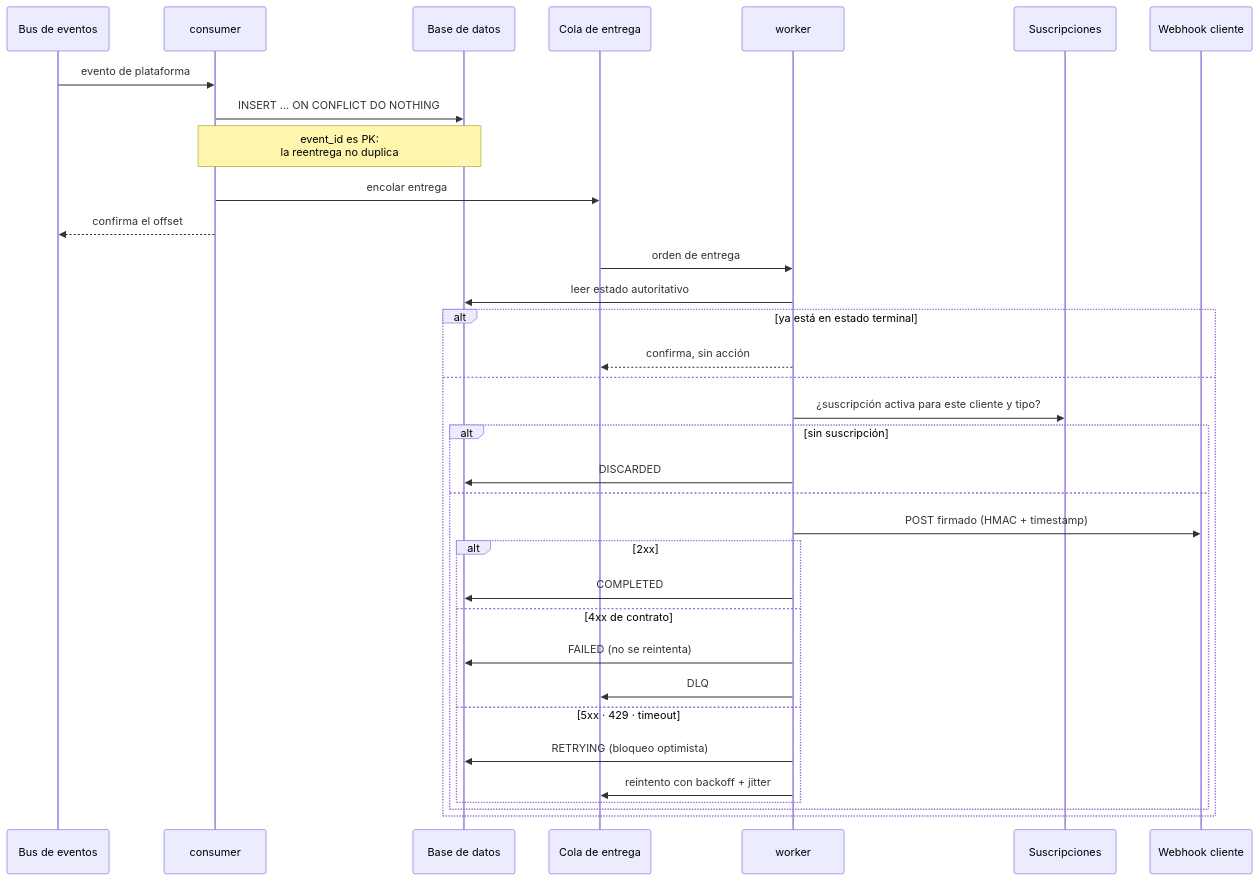
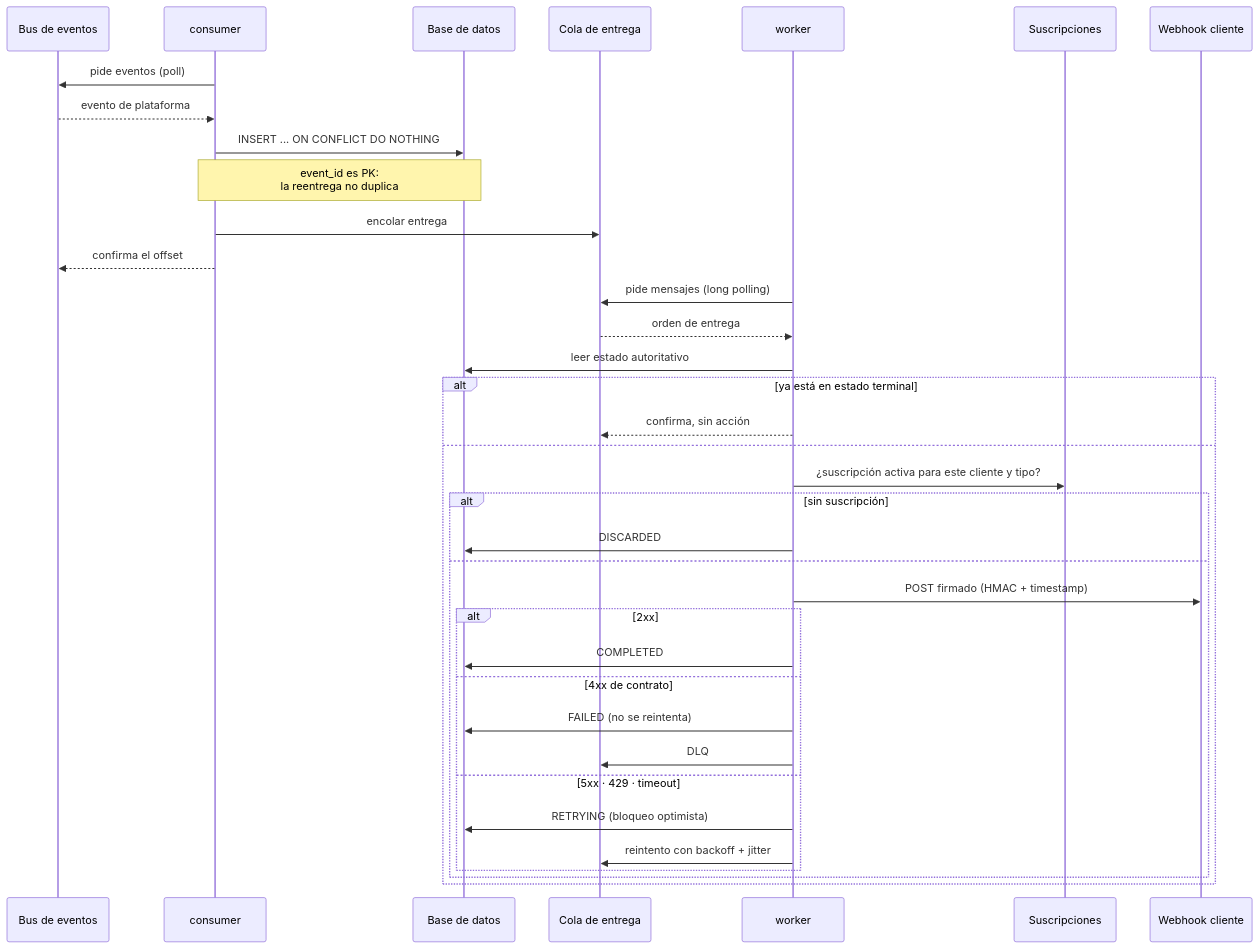
Before and after one commit to ssalaza7/cobre-notification-delivery: the fourth of 7 diagrams in docs/01-diseno-del-sistema.md, drawn with Mermaid. The commit also changed 5 other files, not shown here.

````diff
--- a/docs/01-diseno-del-sistema.md
+++ b/docs/01-diseno-del-sistema.md
@@ -183,38 +183,40 @@
 ```mermaid
 sequenceDiagram
     participant K as Bus de eventos
     participant CON as consumer
     participant DB as Base de datos
     participant Q as Cola de entrega
     participant W as worker
     participant S as Suscripciones
     participant H as Webhook cliente
 
-    K->>CON: evento de plataforma
+    CON->>K: pide eventos (poll)
+    K-->>CON: evento de plataforma
     CON->>DB: INSERT ... ON CONFLICT DO NOTHING
     Note over CON,DB: event_id es PK:<br/>la reentrega no duplica
     CON->>Q: encolar entrega
     CON-->>K: confirma el offset
 
-    Q->>W: orden de entrega
+    W->>Q: pide mensajes (long polling)
+    Q-->>W: orden de entrega
     W->>DB: leer estado autoritativo
     alt ya está en estado terminal
         W-->>Q: confirma, sin acción
     else
         W->>S: ¿suscripción activa para este cliente y tipo?
         alt sin suscripción
             W->>DB: DISCARDED
         else
             W->>H: POST firmado (HMAC + timestamp)
             alt 2xx
                 W->>DB: COMPLETED
             else 4xx de contrato
                 W->>DB: FAILED (no se reintenta)
                 W->>Q: DLQ
             else 5xx · 429 · timeout
                 W->>DB: RETRYING (bloqueo optimista)
                 W->>Q: reintento con backoff + jitter
             end
         end
     end
 ```
````
